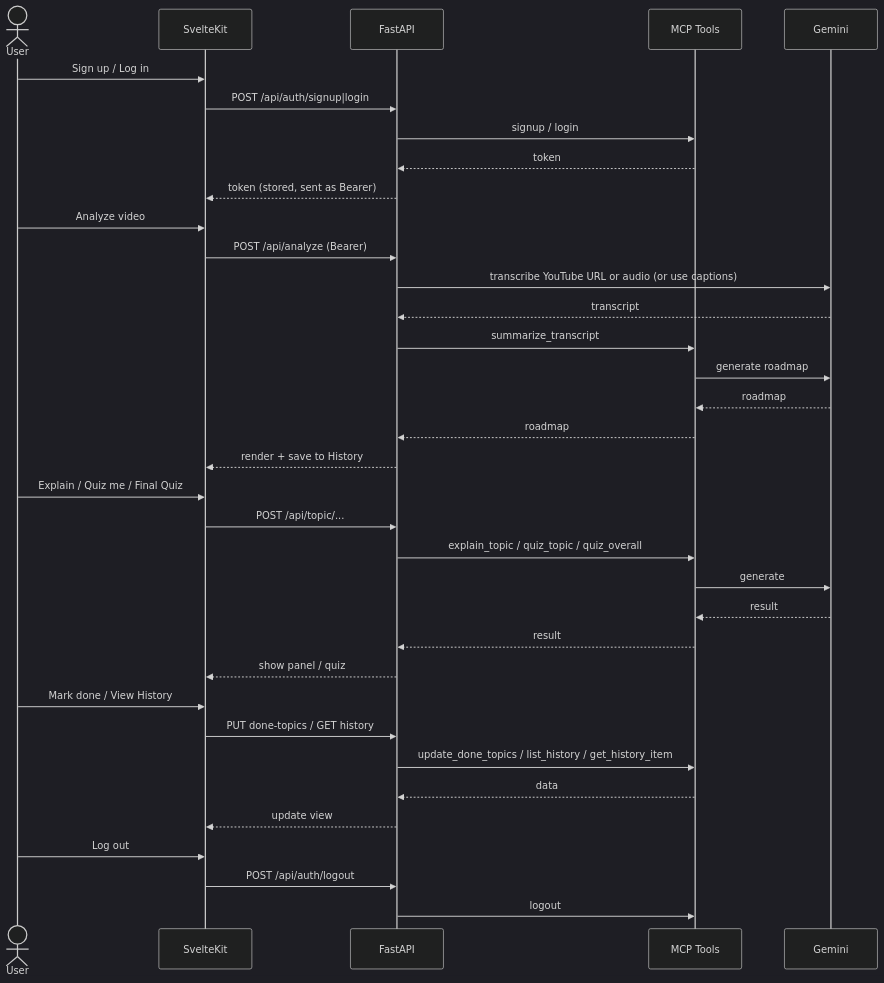
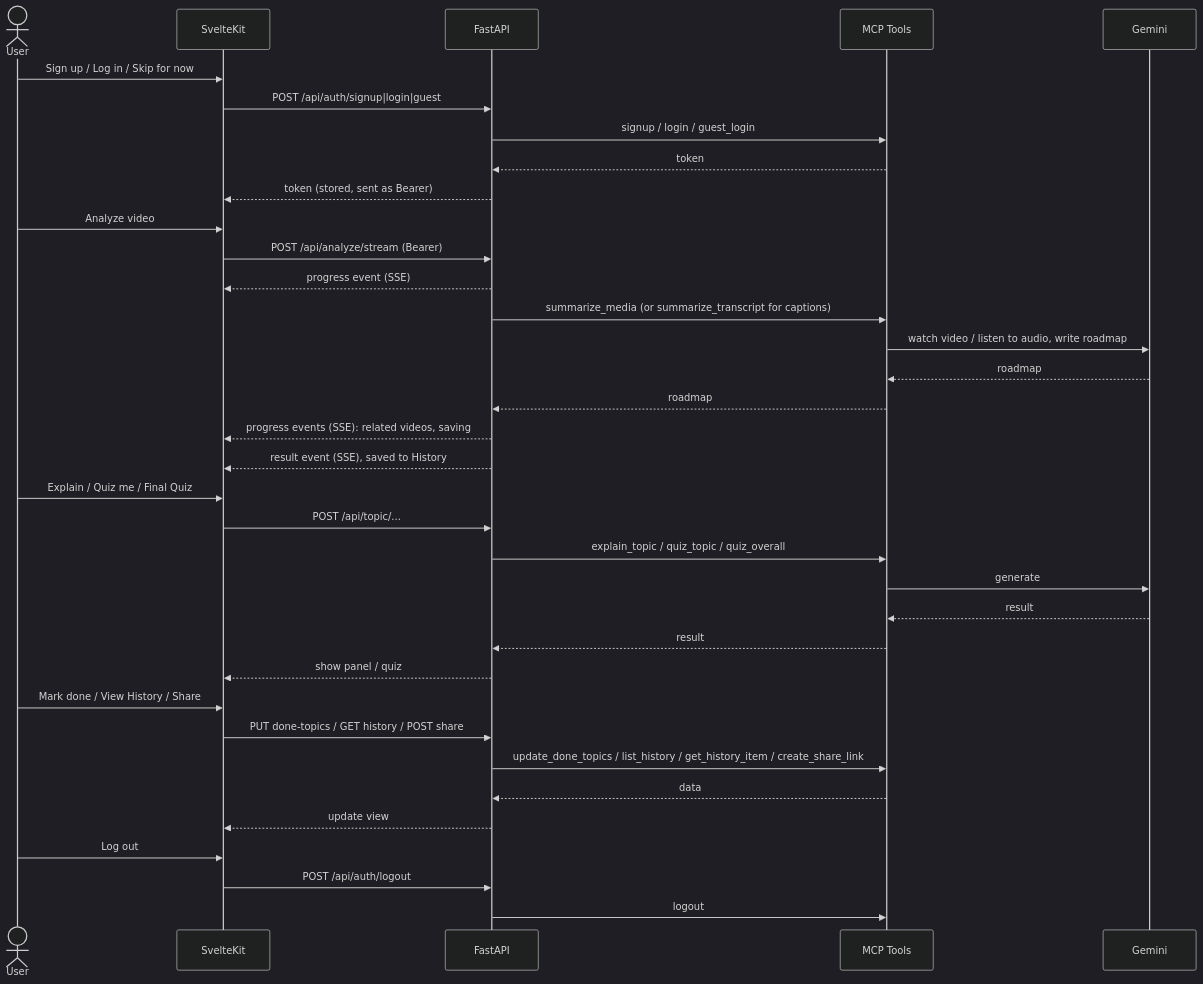
The second of 2 diagrams in README.md (Keerthi292/AI-Video-Knowledge-Extractor), drawn with Mermaid (dark theme) before and after one commit. The commit also changed other lines of this file, not shown here.

Commit message:
feat: update architecture diagram and flowcharts for improved clarity and user guidance

````diff
--- a/README.md
+++ b/README.md
@@ -81,42 +96,42 @@
 ```mermaid
 sequenceDiagram
     actor User
     participant UI as SvelteKit
     participant API as FastAPI
     participant MCP as MCP Tools
     participant G as Gemini
 
-    User->>UI: Sign up / Log in
-    UI->>API: POST /api/auth/signup|login
-    API->>MCP: signup / login
+    User->>UI: Sign up / Log in / Skip for now
+    UI->>API: POST /api/auth/signup|login|guest
+    API->>MCP: signup / login / guest_login
     MCP-->>API: token
     API-->>UI: token (stored, sent as Bearer)
 
     User->>UI: Analyze video
-    UI->>API: POST /api/analyze (Bearer)
-    API->>G: transcribe YouTube URL or audio (or use captions)
-    G-->>API: transcript
-    API->>MCP: summarize_transcript
-    MCP->>G: generate roadmap
+    UI->>API: POST /api/analyze/stream (Bearer)
+    API-->>UI: progress event (SSE)
+    API->>MCP: summarize_media (or summarize_transcript for captions)
+    MCP->>G: watch video / listen to audio, write roadmap
     G-->>MCP: roadmap
     MCP-->>API: roadmap
-    API-->>UI: render + save to History
+    API-->>UI: progress events (SSE): related videos, saving
+    API-->>UI: result event (SSE), saved to History
 
     User->>UI: Explain / Quiz me / Final Quiz
-    UI->>API: POST /api/topic/... 
+    UI->>API: POST /api/topic/...
     API->>MCP: explain_topic / quiz_topic / quiz_overall
     MCP->>G: generate
     G-->>MCP: result
     MCP-->>API: result
     API-->>UI: show panel / quiz
 
-    User->>UI: Mark done / View History
-    UI->>API: PUT done-topics / GET history
-    API->>MCP: update_done_topics / list_history / get_history_item
+    User->>UI: Mark done / View History / Share
+    UI->>API: PUT done-topics / GET history / POST share
+    API->>MCP: update_done_topics / list_history / get_history_item / create_share_link
     MCP-->>API: data
     API-->>UI: update view
 
     User->>UI: Log out
     UI->>API: POST /api/auth/logout
     API->>MCP: logout
 ```
````
